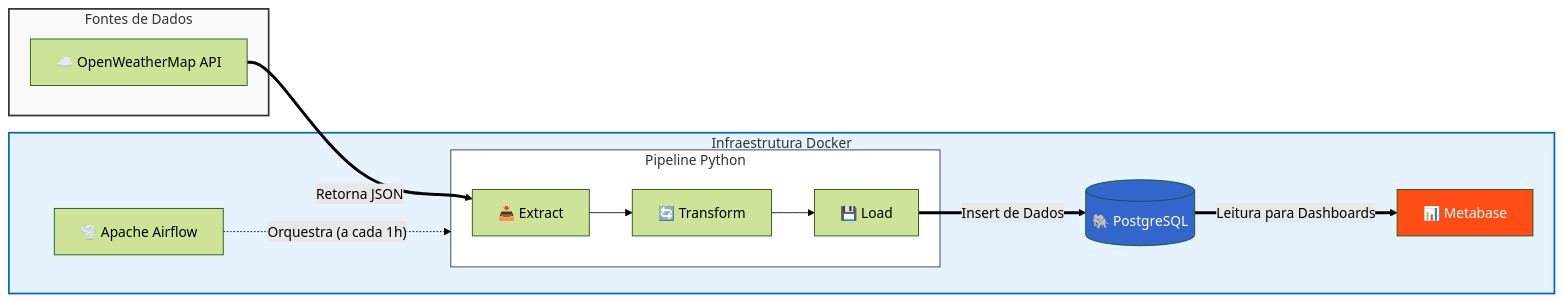
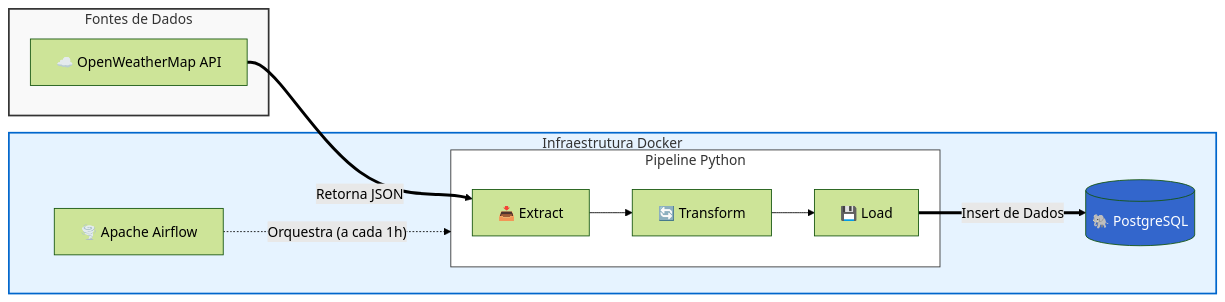
One commit to SidneyAnjos/Pipeline_etl_weather_data changed the diagram in README.md. Above: the diagram before and after it, drawn with Mermaid (forest theme).

Commit message:
Remove Metabase from README architecture diagram
Removed Metabase from the architecture diagram in the README.

````diff
--- a/README.md
+++ b/README.md
@@ -34,30 +34,27 @@
 ```mermaid
 graph LR
     subgraph Fontes["Fontes de Dados"]
         API["☁️ OpenWeatherMap API"]
     end
 
     subgraph Infra["Infraestrutura Docker"]
         AF["🌪️ Apache Airflow"]
         
         subgraph ETL["Pipeline Python"]
             EXT["📥 Extract"] --> TRF["🔄 Transform"]
             TRF --> LD["💾 Load"]
         end
         
         DB[("🐘 PostgreSQL")]
-        MB["📊 Metabase"]
         
         AF -.->|"Orquestra (a cada 1h)"| ETL
     end
 
     API ==>|"Retorna JSON"| EXT
     LD ==>|"Insert de Dados"| DB
-    DB ==>|"Leitura para Dashboards"| MB
 
     style Fontes fill:#f9f9f9,stroke:#333,stroke-width:2px
     style Infra fill:#e6f3ff,stroke:#0066cc,stroke-width:2px
     style ETL fill:#ffffff,stroke:#333,stroke-width:1px
     style DB fill:#3366cc,color:#fff
-    style MB fill:#fe4e15,color:#fff
 ```
````
